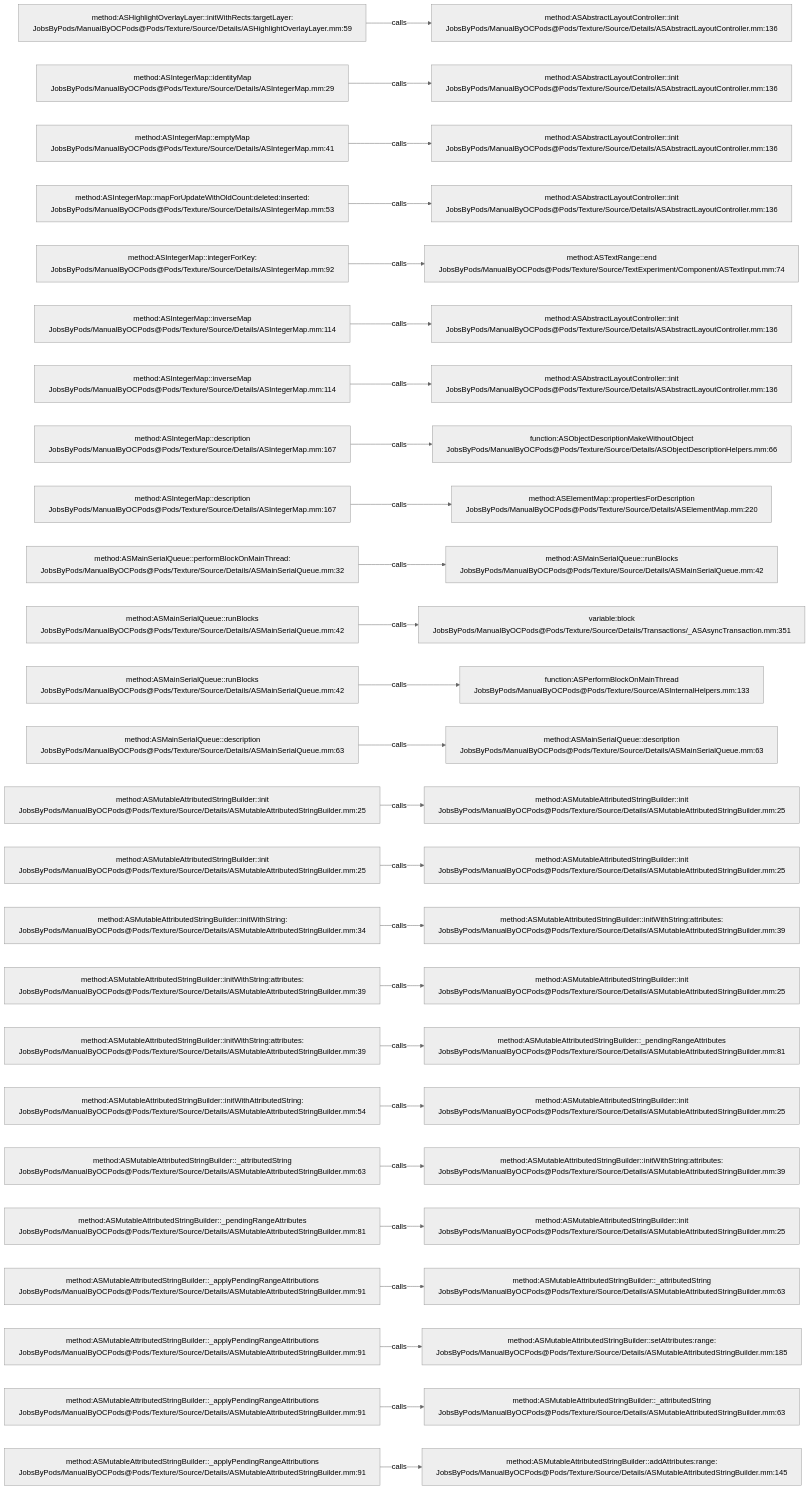
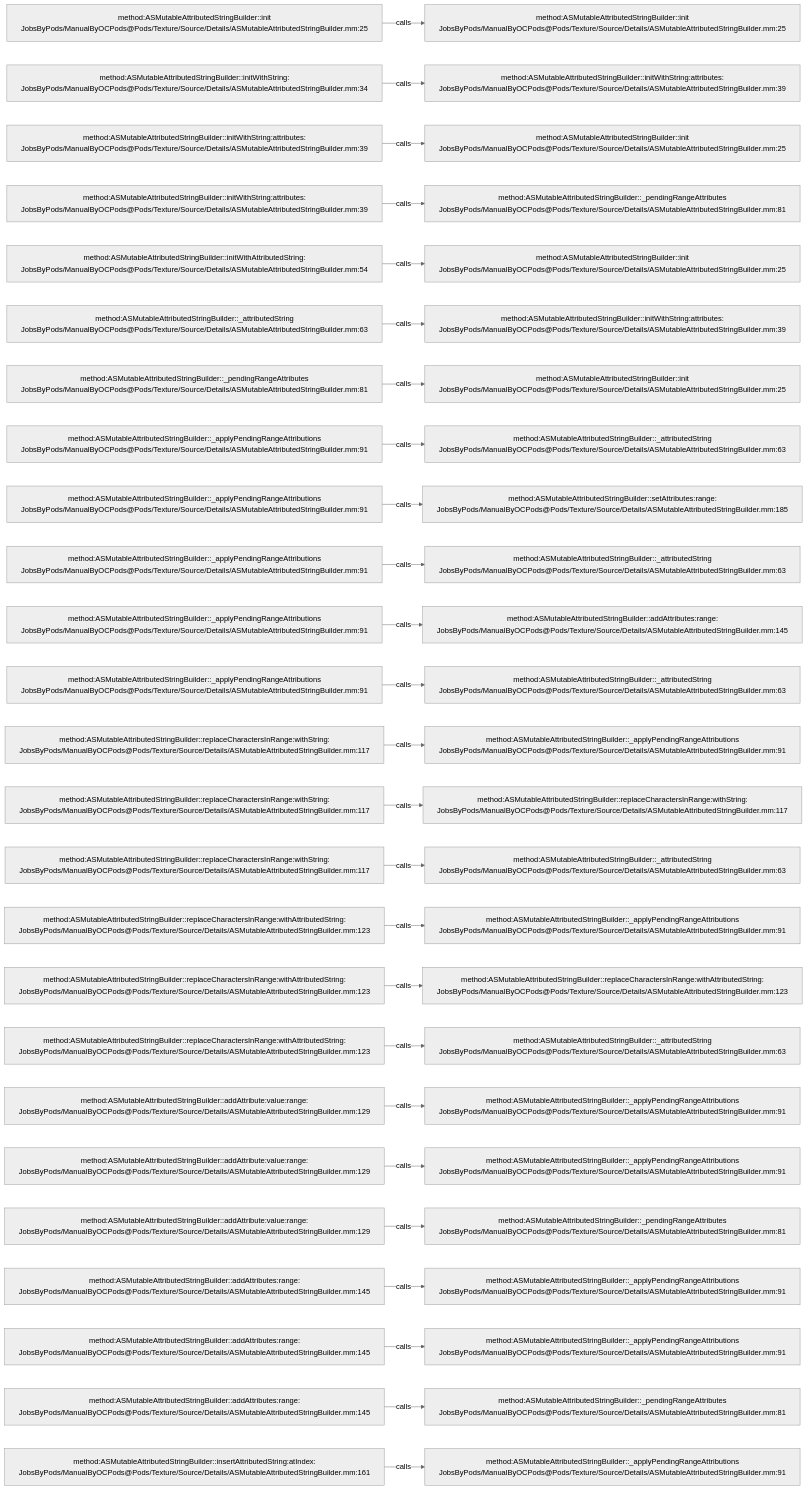
One commit to JobsKits/JobsOCBaseConfigDemo changed the diagram in .codegraph/codegraph.md/graphs/calls-160.md. Above: the diagram before and after it, drawn with Mermaid (neutral theme). The commit also changed 296 other files, not shown here.

````diff
--- a/.codegraph/codegraph.md/graphs/calls-160.md
+++ b/.codegraph/codegraph.md/graphs/calls-160.md
@@ -13,78 +13,78 @@
 ```mermaid
 flowchart LR
-  S1["method:ASHighlightOverlayLayer::initWithRects:targetLayer:<br/>JobsByPods/ManualByOCPods@Pods/Texture/Source/Details/ASHighlightOverlayLayer.mm:59"]
-  T1["method:ASAbstractLayoutController::init<br/>JobsByPods/ManualByOCPods@Pods/Texture/Source/Details/ASAbstractLayoutController.mm:136"]
+  S1["method:ASMutableAttributedStringBuilder::init<br/>JobsByPods/ManualByOCPods@Pods/Texture/Source/Details/ASMutableAttributedStringBuilder.mm:25"]
+  T1["method:ASMutableAttributedStringBuilder::init<br/>JobsByPods/ManualByOCPods@Pods/Texture/Source/Details/ASMutableAttributedStringBuilder.mm:25"]
   S1 -->|calls| T1
-  S2["method:ASIntegerMap::identityMap<br/>JobsByPods/ManualByOCPods@Pods/Texture/Source/Details/ASIntegerMap.mm:29"]
-  T2["method:ASAbstractLayoutController::init<br/>JobsByPods/ManualByOCPods@Pods/Texture/Source/Details/ASAbstractLayoutController.mm:136"]
+  S2["method:ASMutableAttributedStringBuilder::initWithString:<br/>JobsByPods/ManualByOCPods@Pods/Texture/Source/Details/ASMutableAttributedStringBuilder.mm:34"]
+  T2["method:ASMutableAttributedStringBuilder::initWithString:attributes:<br/>JobsByPods/ManualByOCPods@Pods/Texture/Source/Details/ASMutableAttributedStringBuilder.mm:39"]
   S2 -->|calls| T2
-  S3["method:ASIntegerMap::emptyMap<br/>JobsByPods/ManualByOCPods@Pods/Texture/Source/Details/ASIntegerMap.mm:41"]
-  T3["method:ASAbstractLayoutController::init<br/>JobsByPods/ManualByOCPods@Pods/Texture/Source/Details/ASAbstractLayoutController.mm:136"]
+  S3["method:ASMutableAttributedStringBuilder::initWithString:attributes:<br/>JobsByPods/ManualByOCPods@Pods/Texture/Source/Details/ASMutableAttributedStringBuilder.mm:39"]
+  T3["method:ASMutableAttributedStringBuilder::init<br/>JobsByPods/ManualByOCPods@Pods/Texture/Source/Details/ASMutableAttributedStringBuilder.mm:25"]
   S3 -->|calls| T3
-  S4["method:ASIntegerMap::mapForUpdateWithOldCount:deleted:inserted:<br/>JobsByPods/ManualByOCPods@Pods/Texture/Source/Details/ASIntegerMap.mm:53"]
-  T4["method:ASAbstractLayoutController::init<br/>JobsByPods/ManualByOCPods@Pods/Texture/Source/Details/ASAbstractLayoutController.mm:136"]
+  S4["method:ASMutableAttributedStringBuilder::initWithString:attributes:<br/>JobsByPods/ManualByOCPods@Pods/Texture/Source/Details/ASMutableAttributedStringBuilder.mm:39"]
+  T4["method:ASMutableAttributedStringBuilder::_pendingRangeAttributes<br/>JobsByPods/ManualByOCPods@Pods/Texture/Source/Details/ASMutableAttributedStringBuilder.mm:81"]
   S4 -->|calls| T4
-  S5["method:ASIntegerMap::integerForKey:<br/>JobsByPods/ManualByOCPods@Pods/Texture/Source/Details/ASIntegerMap.mm:92"]
-  T5["method:ASTextRange::end<br/>JobsByPods/ManualByOCPods@Pods/Texture/Source/TextExperiment/Component/ASTextInput.mm:74"]
+  S5["method:ASMutableAttributedStringBuilder::initWithAttributedString:<br/>JobsByPods/ManualByOCPods@Pods/Texture/Source/Details/ASMutableAttributedStringBuilder.mm:54"]
+  T5["method:ASMutableAttributedStringBuilder::init<br/>JobsByPods/ManualByOCPods@Pods/Texture/Source/Details/ASMutableAttributedStringBuilder.mm:25"]
   S5 -->|calls| T5
-  S6["method:ASIntegerMap::inverseMap<br/>JobsByPods/ManualByOCPods@Pods/Texture/Source/Details/ASIntegerMap.mm:114"]
-  T6["method:ASAbstractLayoutController::init<br/>JobsByPods/ManualByOCPods@Pods/Texture/Source/Details/ASAbstractLayoutController.mm:136"]
+  S6["method:ASMutableAttributedStringBuilder::_attributedString<br/>JobsByPods/ManualByOCPods@Pods/Texture/Source/Details/ASMutableAttributedStringBuilder.mm:63"]
+  T6["method:ASMutableAttributedStringBuilder::initWithString:attributes:<br/>JobsByPods/ManualByOCPods@Pods/Texture/Source/Details/ASMutableAttributedStringBuilder.mm:39"]
   S6 -->|calls| T6
-  S7["method:ASIntegerMap::inverseMap<br/>JobsByPods/ManualByOCPods@Pods/Texture/Source/Details/ASIntegerMap.mm:114"]
-  T7["method:ASAbstractLayoutController::init<br/>JobsByPods/ManualByOCPods@Pods/Texture/Source/Details/ASAbstractLayoutController.mm:136"]
+  S7["method:ASMutableAttributedStringBuilder::_pendingRangeAttributes<br/>JobsByPods/ManualByOCPods@Pods/Texture/Source/Details/ASMutableAttributedStringBuilder.mm:81"]
+  T7["method:ASMutableAttributedStringBuilder::init<br/>JobsByPods/ManualByOCPods@Pods/Texture/Source/Details/ASMutableAttributedStringBuilder.mm:25"]
   S7 -->|calls| T7
-  S8["method:ASIntegerMap::description<br/>JobsByPods/ManualByOCPods@Pods/Texture/Source/Details/ASIntegerMap.mm:167"]
-  T8["function:ASObjectDescriptionMakeWithoutObject<br/>JobsByPods/ManualByOCPods@Pods/Texture/Source/Details/ASObjectDescriptionHelpers.mm:66"]
+  S8["method:ASMutableAttributedStringBuilder::_applyPendingRangeAttributions<br/>JobsByPods/ManualByOCPods@Pods/Texture/Source/Details/ASMutableAttributedStringBuilder.mm:91"]
+  T8["method:ASMutableAttributedStringBuilder::_attributedString<br/>JobsByPods/ManualByOCPods@Pods/Texture/Source/Details/ASMutableAttributedStringBuilder.mm:63"]
   S8 -->|calls| T8
-  S9["method:ASIntegerMap::description<br/>JobsByPods/ManualByOCPods@Pods/Texture/Source/Details/ASIntegerMap.mm:167"]
-  T9["method:ASElementMap::propertiesForDescription<br/>JobsByPods/ManualByOCPods@Pods/Texture/Source/Details/ASElementMap.mm:220"]
+  S9["method:ASMutableAttributedStringBuilder::_applyPendingRangeAttributions<br/>JobsByPods/ManualByOCPods@Pods/Texture/Source/Details/ASMutableAttributedStringBuilder.mm:91"]
+  T9["method:ASMutableAttributedStringBuilder::setAttributes:range:<br/>JobsByPods/ManualByOCPods@Pods/Texture/Source/Details/ASMutableAttributedStringBuilder.mm:185"]
   S9 -->|calls| T9
-  S10["method:ASMainSerialQueue::performBlockOnMainThread:<br/>JobsByPods/ManualByOCPods@Pods/Texture/Source/Details/ASMainSerialQueue.mm:32"]
-  T10["method:ASMainSerialQueue::runBlocks<br/>JobsByPods/ManualByOCPods@Pods/Texture/Source/Details/ASMainSerialQueue.mm:42"]
+  S10["method:ASMutableAttributedStringBuilder::_applyPendingRangeAttributions<br/>JobsByPods/ManualByOCPods@Pods/Texture/Source/Details/ASMutableAttributedStringBuilder.mm:91"]
+  T10["method:ASMutableAttributedStringBuilder::_attributedString<br/>JobsByPods/ManualByOCPods@Pods/Texture/Source/Details/ASMutableAttributedStringBuilder.mm:63"]
   S10 -->|calls| T10
-  S11["method:ASMainSerialQueue::runBlocks<br/>JobsByPods/ManualByOCPods@Pods/Texture/Source/Details/ASMainSerialQueue.mm:42"]
-  T11["variable:block<br/>JobsByPods/ManualByOCPods@Pods/Texture/Source/Details/Transactions/_ASAsyncTransaction.mm:351"]
+  S11["method:ASMutableAttributedStringBuilder::_applyPendingRangeAttributions<br/>JobsByPods/ManualByOCPods@Pods/Texture/Source/Details/ASMutableAttributedStringBuilder.mm:91"]
+  T11["method:ASMutableAttributedStringBuilder::addAttributes:range:<br/>JobsByPods/ManualByOCPods@Pods/Texture/Source/Details/ASMutableAttributedStringBuilder.mm:145"]
   S11 -->|calls| T11
-  S12["method:ASMainSerialQueue::runBlocks<br/>JobsByPods/ManualByOCPods@Pods/Texture/Source/Details/ASMainSerialQueue.mm:42"]
-  T12["function:ASPerformBlockOnMainThread<br/>JobsByPods/ManualByOCPods@Pods/Texture/Source/ASInternalHelpers.mm:133"]
+  S12["method:ASMutableAttributedStringBuilder::_applyPendingRangeAttributions<br/>JobsByPods/ManualByOCPods@Pods/Texture/Source/Details/ASMutableAttributedStringBuilder.mm:91"]
+  T12["method:ASMutableAttributedStringBuilder::_attributedString<br/>JobsByPods/ManualByOCPods@Pods/Texture/Source/Details/ASMutableAttributedStringBuilder.mm:63"]
   S12 -->|calls| T12
-  S13["method:ASMainSerialQueue::description<br/>JobsByPods/ManualByOCPods@Pods/Texture/Source/Details/ASMainSerialQueue.mm:63"]
-  T13["method:ASMainSerialQueue::description<br/>JobsByPods/ManualByOCPods@Pods/Texture/Source/Details/ASMainSerialQueue.mm:63"]
+  S13["method:ASMutableAttributedStringBuilder::replaceCharactersInRange:withString:<br/>JobsByPods/ManualByOCPods@Pods/Texture/Source/Details/ASMutableAttributedStringBuilder.mm:117"]
+  T13["method:ASMutableAttributedStringBuilder::_applyPendingRangeAttributions<br/>JobsByPods/ManualByOCPods@Pods/Texture/Source/Details/ASMutableAttributedStringBuilder.mm:91"]
   S13 -->|calls| T13
-  S14["method:ASMutableAttributedStringBuilder::init<br/>JobsByPods/ManualByOCPods@Pods/Texture/Source/Details/ASMutableAttributedStringBuilder.mm:25"]
-  T14["method:ASMutableAttributedStringBuilder::init<br/>JobsByPods/ManualByOCPods@Pods/Texture/Source/Details/ASMutableAttributedStringBuilder.mm:25"]
+  S14["method:ASMutableAttributedStringBuilder::replaceCharactersInRange:withString:<br/>JobsByPods/ManualByOCPods@Pods/Texture/Source/Details/ASMutableAttributedStringBuilder.mm:117"]
+  T14["method:ASMutableAttributedStringBuilder::replaceCharactersInRange:withString:<br/>JobsByPods/ManualByOCPods@Pods/Texture/Source/Details/ASMutableAttributedStringBuilder.mm:117"]
   S14 -->|calls| T14
-  S15["method:ASMutableAttributedStringBuilder::init<br/>JobsByPods/ManualByOCPods@Pods/Texture/Source/Details/ASMutableAttributedStringBuilder.mm:25"]
-  T15["method:ASMutableAttributedStringBuilder::init<br/>JobsByPods/ManualByOCPods@Pods/Texture/Source/Details/ASMutableAttributedStringBuilder.mm:25"]
+  S15["method:ASMutableAttributedStringBuilder::replaceCharactersInRange:withString:<br/>JobsByPods/ManualByOCPods@Pods/Texture/Source/Details/ASMutableAttributedStringBuilder.mm:117"]
+  T15["method:ASMutableAttributedStringBuilder::_attributedString<br/>JobsByPods/ManualByOCPods@Pods/Texture/Source/Details/ASMutableAttributedStringBuilder.mm:63"]
   S15 -->|calls| T15
-  S16["method:ASMutableAttributedStringBuilder::initWithString:<br/>JobsByPods/ManualByOCPods@Pods/Texture/Source/Details/ASMutableAttributedStringBuilder.mm:34"]
-  T16["method:ASMutableAttributedStringBuilder::initWithString:attributes:<br/>JobsByPods/ManualByOCPods@Pods/Texture/Source/Details/ASMutableAttributedStringBuilder.mm:39"]
+  S16["method:ASMutableAttributedStringBuilder::replaceCharactersInRange:withAttributedString:<br/>JobsByPods/ManualByOCPods@Pods/Texture/Source/Details/ASMutableAttributedStringBuilder.mm:123"]
+  T16["method:ASMutableAttributedStringBuilder::_applyPendingRangeAttributions<br/>JobsByPods/ManualByOCPods@Pods/Texture/Source/Details/ASMutableAttributedStringBuilder.mm:91"]
   S16 -->|calls| T16
-  S17["method:ASMutableAttributedStringBuilder::initWithString:attributes:<br/>JobsByPods/ManualByOCPods@Pods/Texture/Source/Details/ASMutableAttributedStringBuilder.mm:39"]
-  T17["method:ASMutableAttributedStringBuilder::init<br/>JobsByPods/ManualByOCPods@Pods/Texture/Source/Details/ASMutableAttributedStringBuilder.mm:25"]
+  S17["method:ASMutableAttributedStringBuilder::replaceCharactersInRange:withAttributedString:<br/>JobsByPods/ManualByOCPods@Pods/Texture/Source/Details/ASMutableAttributedStringBuilder.mm:123"]
+  T17["method:ASMutableAttributedStringBuilder::replaceCharactersInRange:withAttributedString:<br/>JobsByPods/ManualByOCPods@Pods/Texture/Source/Details/ASMutableAttributedStringBuilder.mm:123"]
   S17 -->|calls| T17
-  S18["method:ASMutableAttributedStringBuilder::initWithString:attributes:<br/>JobsByPods/ManualByOCPods@Pods/Texture/Source/Details/ASMutableAttributedStringBuilder.mm:39"]
-  T18["method:ASMutableAttributedStringBuilder::_pendingRangeAttributes<br/>JobsByPods/ManualByOCPods@Pods/Texture/Source/Details/ASMutableAttributedStringBuilder.mm:81"]
+  S18["method:ASMutableAttributedStringBuilder::replaceCharactersInRange:withAttributedString:<br/>JobsByPods/ManualByOCPods@Pods/Texture/Source/Details/ASMutableAttributedStringBuilder.mm:123"]
+  T18["method:ASMutableAttributedStringBuilder::_attributedString<br/>JobsByPods/ManualByOCPods@Pods/Texture/Source/Details/ASMutableAttributedStringBuilder.mm:63"]
   S18 -->|calls| T18
-  S19["method:ASMutableAttributedStringBuilder::initWithAttributedString:<br/>JobsByPods/ManualByOCPods@Pods/Texture/Source/Details/ASMutableAttributedStringBuilder.mm:54"]
-  T19["method:ASMutableAttributedStringBuilder::init<br/>JobsByPods/ManualByOCPods@Pods/Texture/Source/Details/ASMutableAttributedStringBuilder.mm:25"]
+  S19["method:ASMutableAttributedStringBuilder::addAttribute:value:range:<br/>JobsByPods/ManualByOCPods@Pods/Texture/Source/Details/ASMutableAttributedStringBuilder.mm:129"]
+  T19["method:ASMutableAttributedStringBuilder::_applyPendingRangeAttributions<br/>JobsByPods/ManualByOCPods@Pods/Texture/Source/Details/ASMutableAttributedStringBuilder.mm:91"]
   S19 -->|calls| T19
-  S20["method:ASMutableAttributedStringBuilder::_attributedString<br/>JobsByPods/ManualByOCPods@Pods/Texture/Source/Details/ASMutableAttributedStringBuilder.mm:63"]
-  T20["method:ASMutableAttributedStringBuilder::initWithString:attributes:<br/>JobsByPods/ManualByOCPods@Pods/Texture/Source/Details/ASMutableAttributedStringBuilder.mm:39"]
+  S20["method:ASMutableAttributedStringBuilder::addAttribute:value:range:<br/>JobsByPods/ManualByOCPods@Pods/Texture/Source/Details/ASMutableAttributedStringBuilder.mm:129"]
+  T20["method:ASMutableAttributedStringBuilder::_applyPendingRangeAttributions<br/>JobsByPods/ManualByOCPods@Pods/Texture/Source/Details/ASMutableAttributedStringBuilder.mm:91"]
   S20 -->|calls| T20
-  S21["method:ASMutableAttributedStringBuilder::_pendingRangeAttributes<br/>JobsByPods/ManualByOCPods@Pods/Texture/Source/Details/ASMutableAttributedStringBuilder.mm:81"]
-  T21["method:ASMutableAttributedStringBuilder::init<br/>JobsByPods/ManualByOCPods@Pods/Texture/Source/Details/ASMutableAttributedStringBuilder.mm:25"]
+  S21["method:ASMutableAttributedStringBuilder::addAttribute:value:range:<br/>JobsByPods/ManualByOCPods@Pods/Texture/Source/Details/ASMutableAttributedStringBuilder.mm:129"]
+  T21["method:ASMutableAttributedStringBuilder::_pendingRangeAttributes<br/>JobsByPods/ManualByOCPods@Pods/Texture/Source/Details/ASMutableAttributedStringBuilder.mm:81"]
   S21 -->|calls| T21
-  S22["method:ASMutableAttributedStringBuilder::_applyPendingRangeAttributions<br/>JobsByPods/ManualByOCPods@Pods/Texture/Source/Details/ASMutableAttributedStringBuilder.mm:91"]
-  T22["method:ASMutableAttributedStringBuilder::_attributedString<br/>JobsByPods/ManualByOCPods@Pods/Texture/Source/Details/ASMutableAttributedStringBuilder.mm:63"]
+  S22["method:ASMutableAttributedStringBuilder::addAttributes:range:<br/>JobsByPods/ManualByOCPods@Pods/Texture/Source/Details/ASMutableAttributedStringBuilder.mm:145"]
+  T22["method:ASMutableAttributedStringBuilder::_applyPendingRangeAttributions<br/>JobsByPods/ManualByOCPods@Pods/Texture/Source/Details/ASMutableAttributedStringBuilder.mm:91"]
   S22 -->|calls| T22
-  S23["method:ASMutableAttributedStringBuilder::_applyPendingRangeAttributions<br/>JobsByPods/ManualByOCPods@Pods/Texture/Source/Details/ASMutableAttributedStringBuilder.mm:91"]
-  T23["method:ASMutableAttributedStringBuilder::setAttributes:range:<br/>JobsByPods/ManualByOCPods@Pods/Texture/Source/Details/ASMutableAttributedStringBuilder.mm:185"]
+  S23["method:ASMutableAttributedStringBuilder::addAttributes:range:<br/>JobsByPods/ManualByOCPods@Pods/Texture/Source/Details/ASMutableAttributedStringBuilder.mm:145"]
+  T23["method:ASMutableAttributedStringBuilder::_applyPendingRangeAttributions<br/>JobsByPods/ManualByOCPods@Pods/Texture/Source/Details/ASMutableAttributedStringBuilder.mm:91"]
   S23 -->|calls| T23
-  S24["method:ASMutableAttributedStringBuilder::_applyPendingRangeAttributions<br/>JobsByPods/ManualByOCPods@Pods/Texture/Source/Details/ASMutableAttributedStringBuilder.mm:91"]
-  T24["method:ASMutableAttributedStringBuilder::_attributedString<br/>JobsByPods/ManualByOCPods@Pods/Texture/Source/Details/ASMutableAttributedStringBuilder.mm:63"]
+  S24["method:ASMutableAttributedStringBuilder::addAttributes:range:<br/>JobsByPods/ManualByOCPods@Pods/Texture/Source/Details/ASMutableAttributedStringBuilder.mm:145"]
+  T24["method:ASMutableAttributedStringBuilder::_pendingRangeAttributes<br/>JobsByPods/ManualByOCPods@Pods/Texture/Source/Details/ASMutableAttributedStringBuilder.mm:81"]
   S24 -->|calls| T24
-  S25["method:ASMutableAttributedStringBuilder::_applyPendingRangeAttributions<br/>JobsByPods/ManualByOCPods@Pods/Texture/Source/Details/ASMutableAttributedStringBuilder.mm:91"]
-  T25["method:ASMutableAttributedStringBuilder::addAttributes:range:<br/>JobsByPods/ManualByOCPods@Pods/Texture/Source/Details/ASMutableAttributedStringBuilder.mm:145"]
+  S25["method:ASMutableAttributedStringBuilder::insertAttributedString:atIndex:<br/>JobsByPods/ManualByOCPods@Pods/Texture/Source/Details/ASMutableAttributedStringBuilder.mm:161"]
+  T25["method:ASMutableAttributedStringBuilder::_applyPendingRangeAttributions<br/>JobsByPods/ManualByOCPods@Pods/Texture/Source/Details/ASMutableAttributedStringBuilder.mm:91"]
   S25 -->|calls| T25
 ```
````
